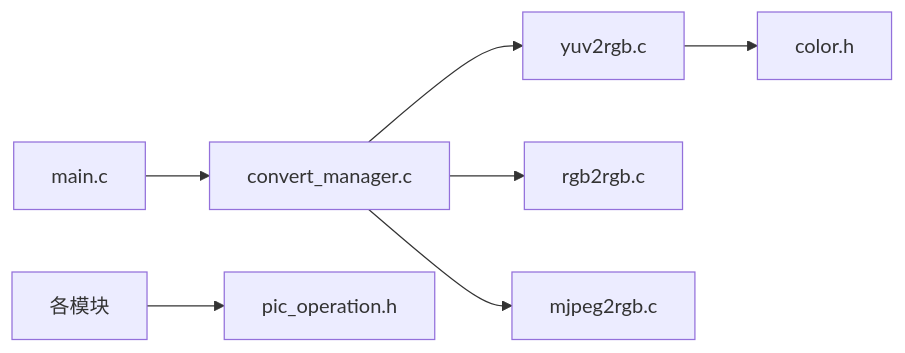
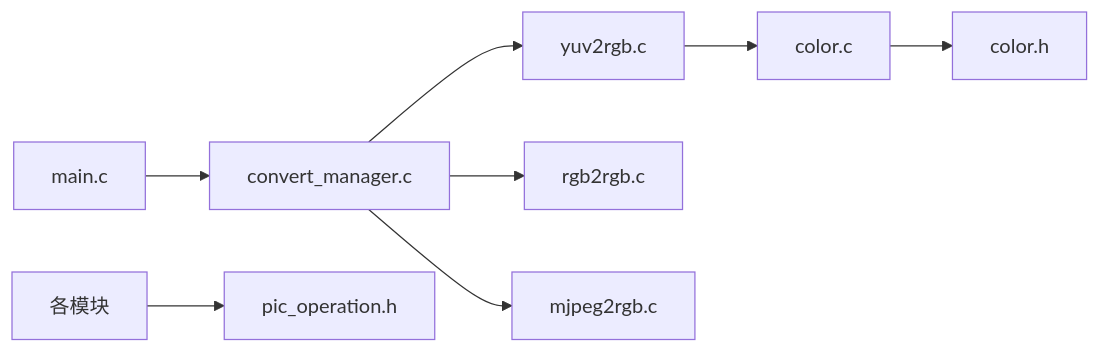
Before and after one commit to yhzpy/myLinuxCamera: the sixth of 6 diagrams in .qoder/repowiki/zh/content/格式转换系统/YUV到RGB转换.md, drawn with Mermaid. The commit also changed other lines of this file and 17 other files, not shown here.

````diff
--- a/.qoder/repowiki/zh/content/格式转换系统/YUV到RGB转换.md
+++ b/.qoder/repowiki/zh/content/格式转换系统/YUV到RGB转换.md
@@ -277,9 +307,10 @@
 ```mermaid
 graph LR
 main["main.c"] --> cmgr["convert_manager.c"]
 cmgr --> y2r["yuv2rgb.c"]
 cmgr --> r2r["rgb2rgb.c"]
 cmgr --> mj2r["mjpeg2rgb.c"]
-y2r --> col["color.h"]
+y2r --> colc["color.c"]
+colc --> colh["color.h"]
 all["各模块"] --> pod["pic_operation.h"]
 ```
````
